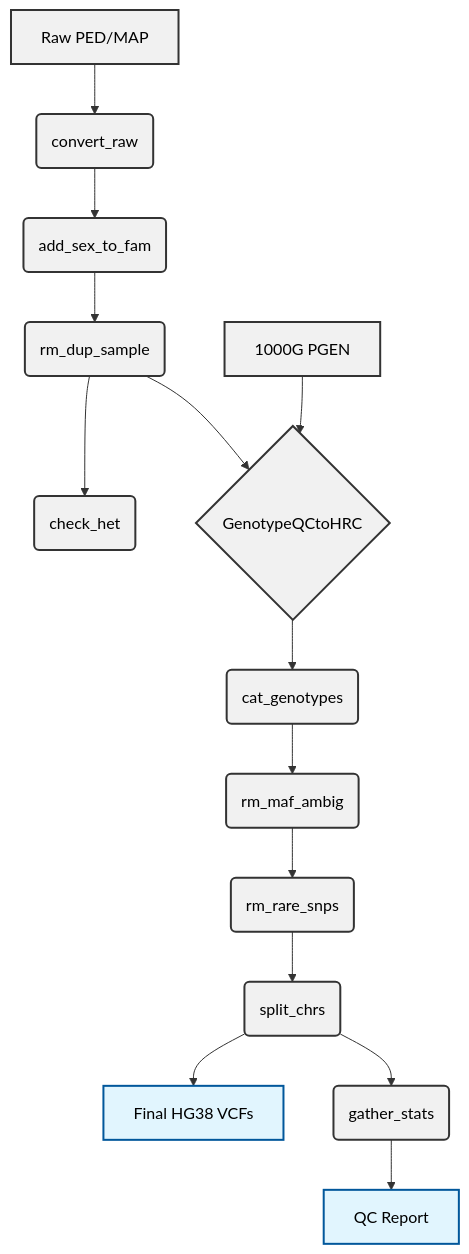
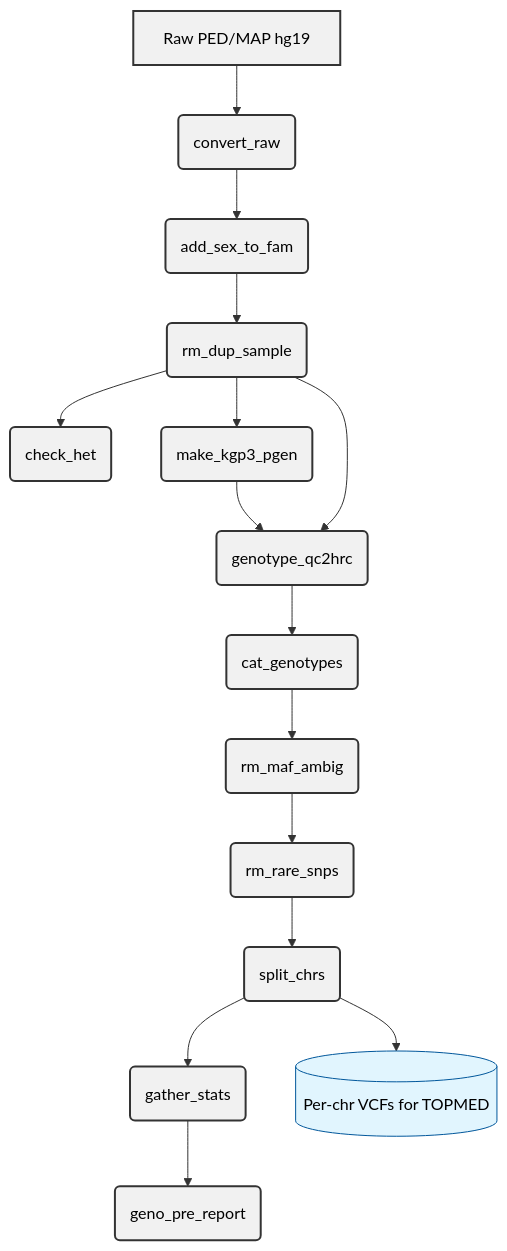
The diagram in pipelines/03-geno-pre.qmd (Dazcam/eQTL_study_2025), drawn with Mermaid before and after one commit. The commit also changed other lines of this file, not shown here.

````diff
--- a/pipelines/03-geno-pre.qmd
+++ b/pipelines/03-geno-pre.qmd
@@ -15,22 +15,23 @@
 ```{mermaid}
 graph TD
     classDef snazzy fill:#f1f1f1,stroke:#333,stroke-width:2px,color:#000;
+    classDef out fill:#e1f5fe,stroke:#01579b,color:#000;
 
-    A[Raw PED/MAP] --> B(convert_raw)
+    A[Raw PED/MAP hg19] --> B(convert_raw)
     B --> C(add_sex_to_fam)
     C --> D(rm_dup_sample)
     D --> E(check_het)
-    D --> F{GenotypeQCtoHRC}
-    G[1000G PGEN] --> F
-    F --> H(cat_genotypes)
+    D --> F(make_kgp3_pgen)
+    F --> G(genotype_qc2hrc)
+    D --> G
+    G --> H(cat_genotypes)
     H --> I(rm_maf_ambig)
     I --> J(rm_rare_snps)
     J --> K(split_chrs)
-    K --> L[Final HG38 VCFs]
-    K --> M(gather_stats)
-    M --> N[QC Report]
-    
-    class A,B,C,D,E,F,G,H,I,J,K,L,M,N snazzy
-    style L fill:#e1f5fe,stroke:#01579b
-    style N fill:#e1f5fe,stroke:#01579b
+    K --> L(gather_stats)
+    L --> M(geno_pre_report)
+    K --> N[(Per-chr VCFs for TOPMED)]
+
+    class A,B,C,D,E,F,G,H,I,J,K,L,M snazzy
+    class N out
 ```
````
